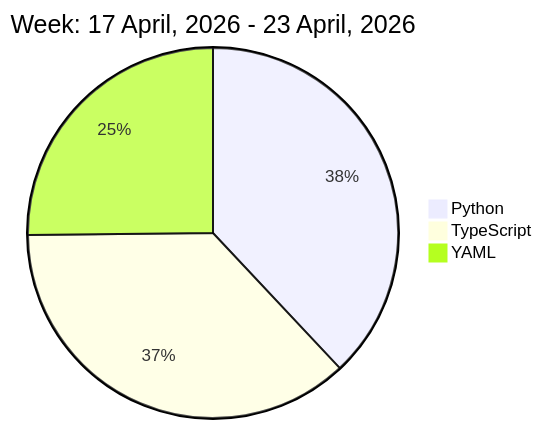
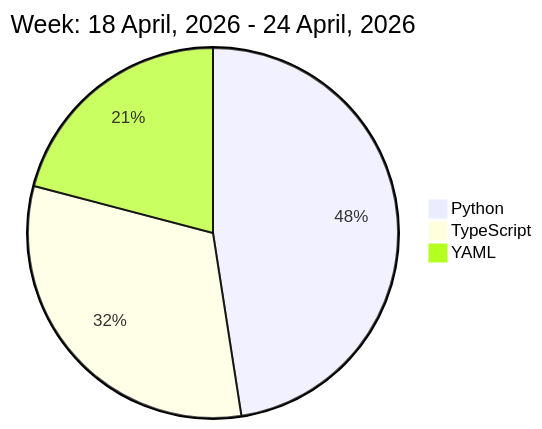
Before and after one commit to liubin95/liubin95: the diagram in README.md, drawn with Mermaid.

Commit message:
Updated the Graph with new Metrics

````diff
--- a/README.md
+++ b/README.md
@@ -32,7 +32,7 @@
 ```mermaid
  pie
-title Week: 17 April, 2026 - 23 April, 2026
- "Python" : 3.85
- "TypeScript" : 3.73
- "YAML" : 2.55
+title Week: 18 April, 2026 - 24 April, 2026
+ "Python" : 5.23
+ "TypeScript" : 3.47
+ "YAML" : 2.3
 ```
````
